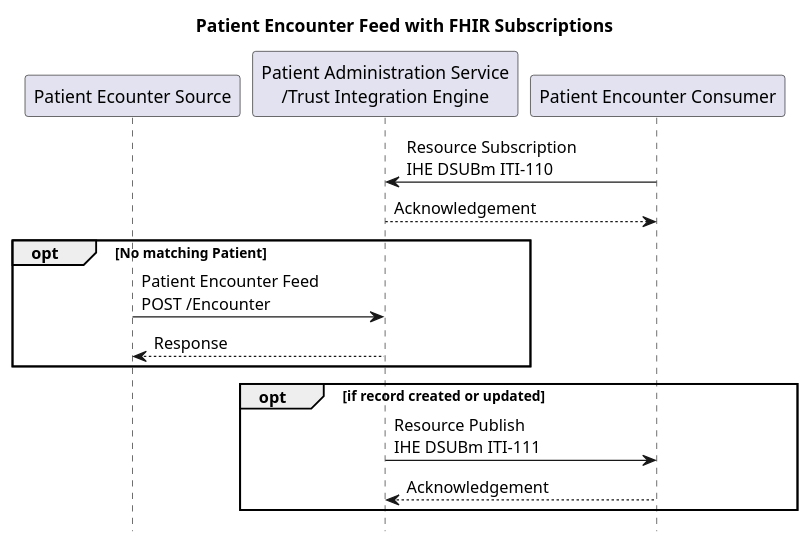
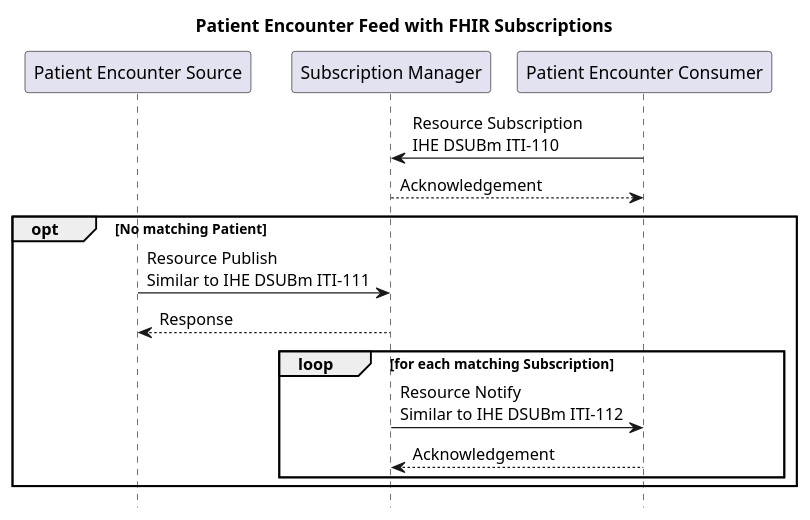
The diagram in input/images-source/patient-encounter-management-sequence-notifications-subscriptions.plantuml (NHSDigital/interoperability-standards-documentation), drawn with PlantUML before and after one commit. The commit also changed 497 other files, not shown here.

```diff
--- a/input/images-source/patient-encounter-management-sequence-notifications-subscriptions.plantuml
+++ b/input/images-source/patient-encounter-management-sequence-notifications-subscriptions.plantuml
@@ -1,22 +1,23 @@
 @startuml
 
 hide footbox
 
 title "Patient Encounter Feed with FHIR Subscriptions"
 
-participant "Patient Ecounter Source" as PIXSource
-participant "Patient Administration Service\n/Trust Integration Engine" as PIXManager
+participant "Patient Encounter Source" as PIXSource
+participant "Subscription Manager" as PIXManager
 participant "Patient Encounter Consumer" as PIXConsumer
 
 PIXConsumer -> PIXManager: Resource Subscription\nIHE DSUBm ITI-110
 PIXManager --> PIXConsumer : Acknowledgement
 opt No matching Patient
-  PIXSource -> PIXManager: Patient Encounter Feed \nPOST /Encounter
+  PIXSource -> PIXManager: Resource Publish \nSimilar to IHE DSUBm ITI-111
   PIXManager --> PIXSource : Response
+
+loop for each matching Subscription
+    PIXManager -> PIXConsumer: Resource Notify \nSimilar to IHE DSUBm ITI-112
+    PIXConsumer --> PIXManager: Acknowledgement
 end
-opt if record created or updated
-    PIXManager -> PIXConsumer: Resource Publish \nIHE DSUBm ITI-111
-    PIXConsumer --> PIXManager: Acknowledgement
 end
 
 @enduml
```
